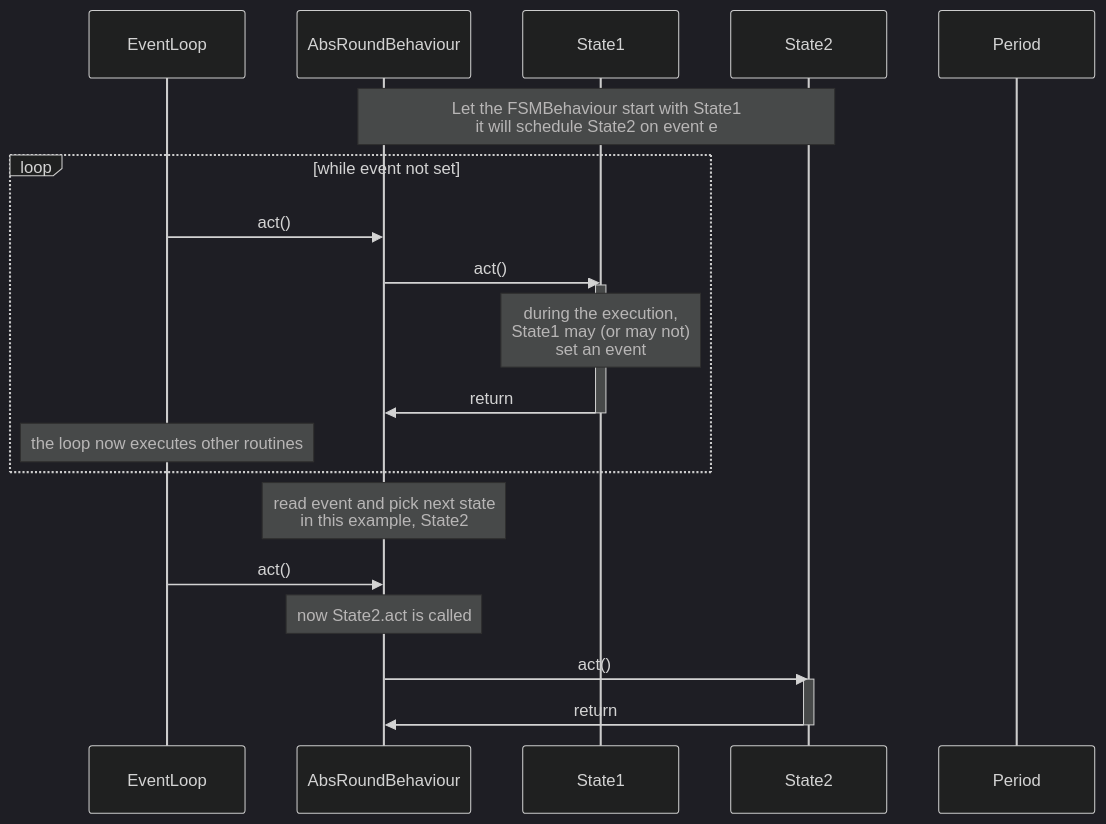
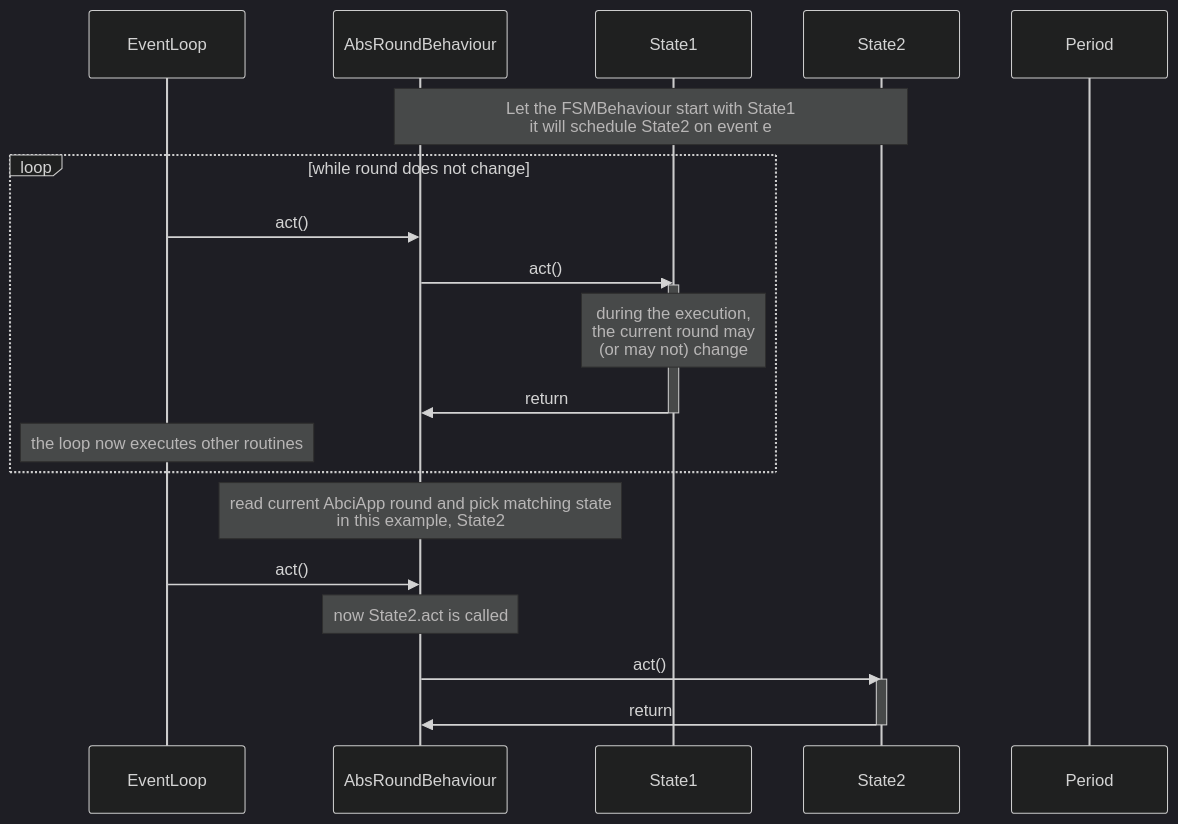
Before and after one commit to valory-xyz/open-autonomy: the third of 3 diagrams in docs/fsm_vs_abci_app.md, drawn with Mermaid (dark theme). The commit also changed other lines of this file and 2 other files, not shown here.

```diff
--- a/docs/fsm_vs_abci_app.md
+++ b/docs/fsm_vs_abci_app.md
@@ -205,25 +239,25 @@
 <div class="mermaid">
     sequenceDiagram
         participant EventLoop
         participant AbsRoundBehaviour
         participant State1
         participant State2
         participant Period
         note over AbsRoundBehaviour,State2: Let the FSMBehaviour start with State1<br/>it will schedule State2 on event e
-        loop while event not set
+        loop while round does not change
           EventLoop->>AbsRoundBehaviour: act()
           AbsRoundBehaviour->>State1: act()
           activate State1
-          note over State1: during the execution, <br/> State1 may (or may not)<br/> set an event
+          note over State1: during the execution, <br/> the current round may<br/>(or may not) change
           State1->>AbsRoundBehaviour: return
           deactivate State1
           note over EventLoop: the loop now executes other routines
         end
-        note over AbsRoundBehaviour: read event and pick next state<br/>in this example, State2
+        note over AbsRoundBehaviour: read current AbciApp round and pick matching state<br/>in this example, State2
         EventLoop->>AbsRoundBehaviour: act()
         note over AbsRoundBehaviour: now State2.act is called
         AbsRoundBehaviour->>State2: act()
         activate State2
         State2->>AbsRoundBehaviour: return
         deactivate State2
 </div>
```
